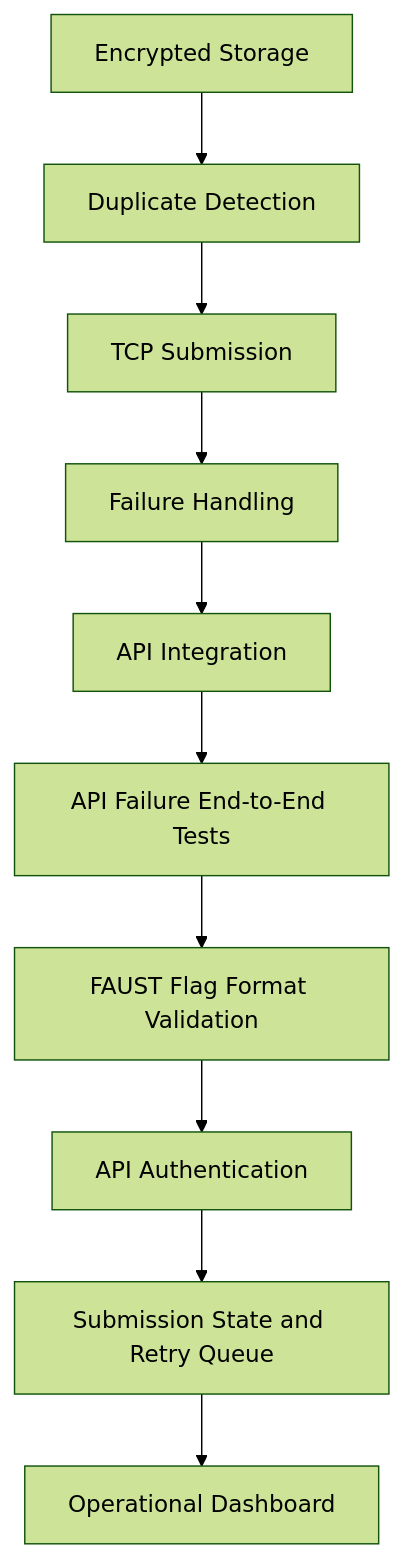
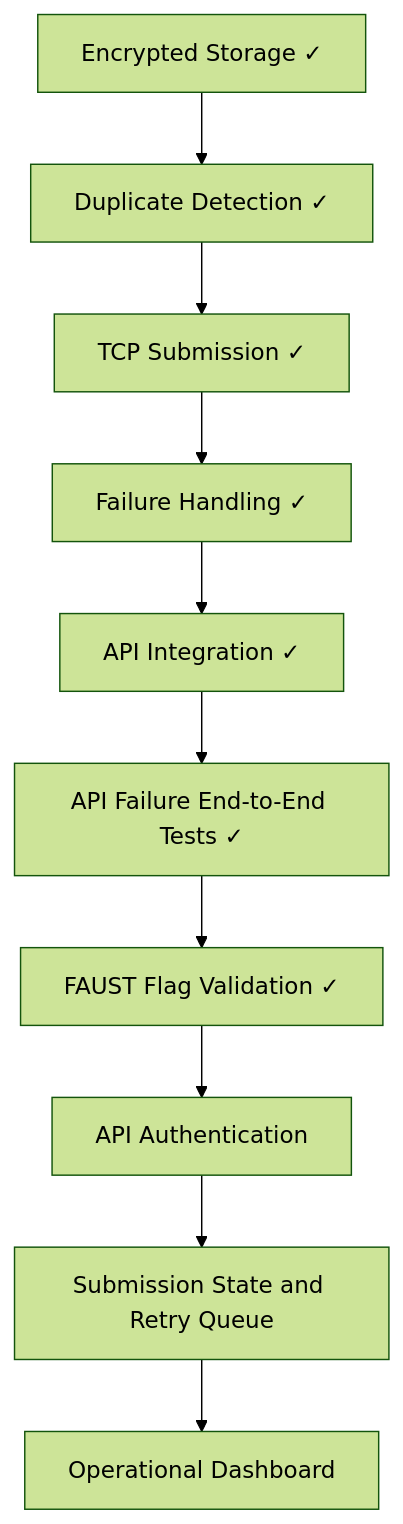
Diagram 13 of 13 in README.md (Denis-Krueger-labs/MOTH), drawn with Mermaid (forest theme) before and after one commit. The commit also changed other lines of this file, not shown here.

````diff
--- a/README.md
+++ b/README.md
@@ -850,12 +947,23 @@
 ```mermaid
 flowchart TD
-    A[Encrypted Storage] --> B[Duplicate Detection]
-    B --> C[TCP Submission]
-    C --> D[Failure Handling]
-    D --> E[API Integration]
-    E --> F[API Failure End-to-End Tests]
-    F --> G[FAUST Flag Format Validation]
-    G --> H[API Authentication]
-    H --> I[Submission State and Retry Queue]
-    I --> J[Operational Dashboard]
+    A[Encrypted Storage ✓]
+    B[Duplicate Detection ✓]
+    C[TCP Submission ✓]
+    D[Failure Handling ✓]
+    E[API Integration ✓]
+    F[API Failure End-to-End Tests ✓]
+    G[FAUST Flag Validation ✓]
+    H[API Authentication]
+    I[Submission State and Retry Queue]
+    J[Operational Dashboard]
+
+    A --> B
+    B --> C
+    C --> D
+    D --> E
+    E --> F
+    F --> G
+    G --> H
+    H --> I
+    I --> J
 ```
````
